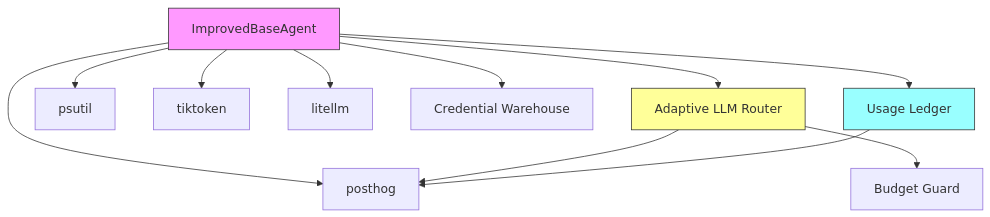
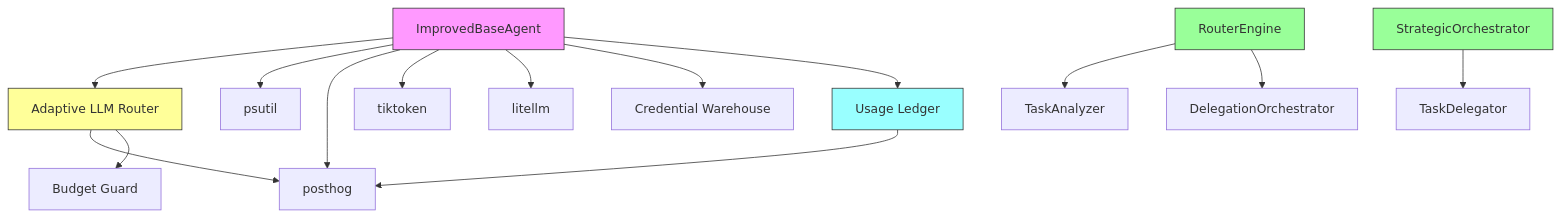
The seventh of 9 diagrams in .qoder/repowiki/en/content/Agent Ecosystem/Base Agent Implementation.md (371-Minds/os), drawn with Mermaid before and after one commit. The commit also changed other lines of this file and 28 other files, not shown here.

````diff
--- a/.qoder/repowiki/en/content/Agent Ecosystem/Base Agent Implementation.md
+++ b/.qoder/repowiki/en/content/Agent Ecosystem/Base Agent Implementation.md
@@ -415,16 +457,21 @@
 ```mermaid
 graph TD
 IBA[ImprovedBaseAgent] --> ALR[Adaptive LLM Router]
 IBA --> PS[psutil]
 IBA --> PG[posthog]
 IBA --> TT[tiktoken]
 IBA --> LL[litellm]
 IBA --> CW[Credential Warehouse]
 IBA --> UL[Usage Ledger]
 ALR --> PG
 ALR --> BF[Budget Guard]
 UL --> PG
+RE[RouterEngine] --> TA[TaskAnalyzer]
+RE --> DO[DelegationOrchestrator]
+CO[StrategicOrchestrator] --> DL[TaskDelegator]
 style IBA fill:#f9f,stroke:#333
 style ALR fill:#ff9,stroke:#333
 style UL fill:#9ff,stroke:#333
+style RE fill:#9f9,stroke:#333
+style CO fill:#9f9,stroke:#333
 ```
````
